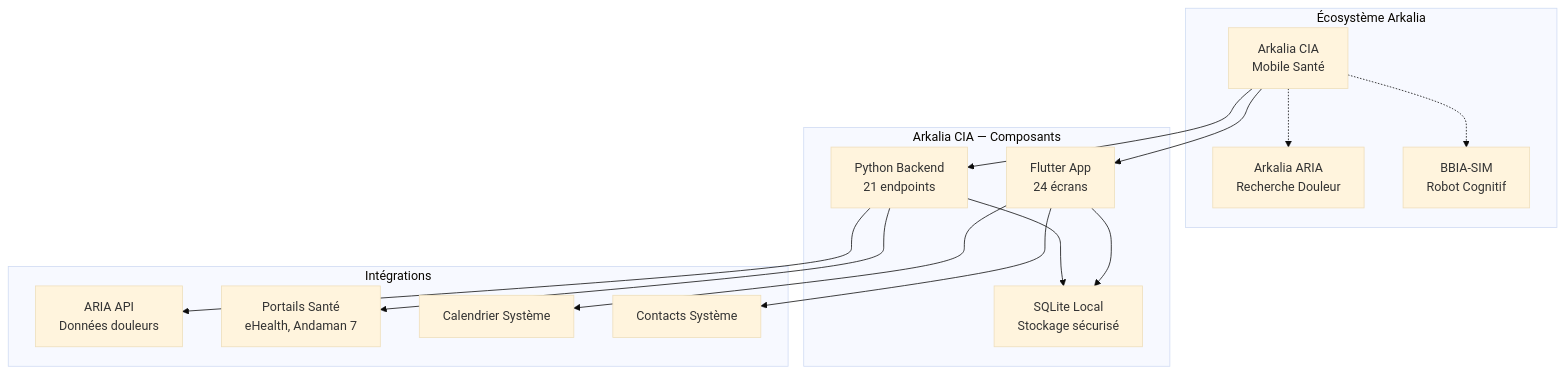
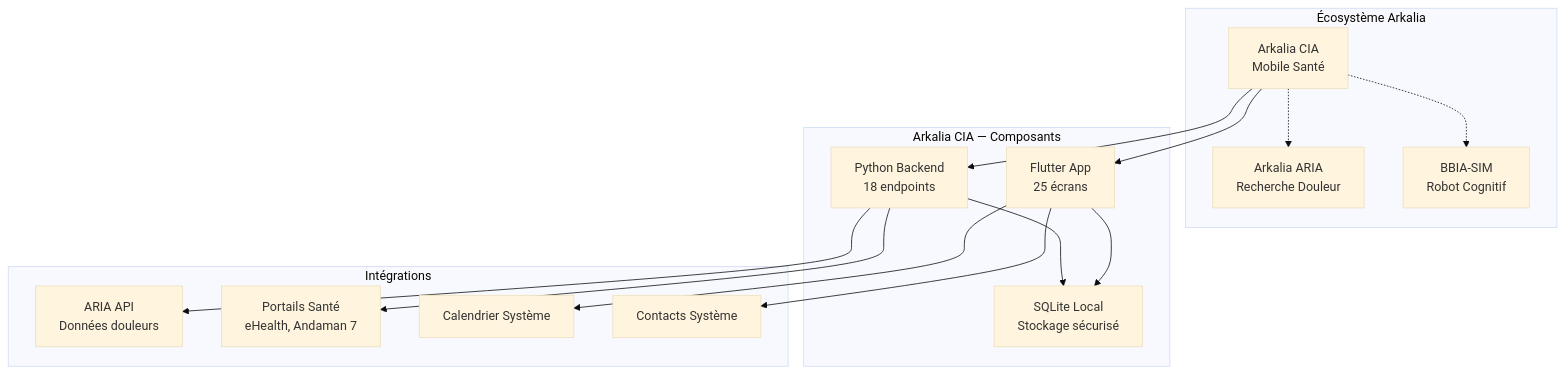
One commit to arkalia-luna-system/arkalia-cia changed the first of 8 diagrams in docs/VUE_ENSEMBLE_PROJET.md. Above: the diagram before and after it, drawn with Mermaid (base theme). The commit also changed other lines of this file and 123 other files, not shown here.

````diff
--- a/docs/VUE_ENSEMBLE_PROJET.md
+++ b/docs/VUE_ENSEMBLE_PROJET.md
@@ -23,32 +23,32 @@
 ```mermaid
 graph TB
     subgraph "Écosystème Arkalia"
         A[Arkalia CIA<br/>Mobile Santé]
         B[Arkalia ARIA<br/>Recherche Douleur]
         C[BBIA-SIM<br/>Robot Cognitif]
     end
 
     subgraph "Arkalia CIA — Composants"
-        D[Flutter App<br/>24 écrans]
-        E[Python Backend<br/>21 endpoints]
+        D[Flutter App<br/>25 écrans]
+        E[Python Backend<br/>18 endpoints]
         F[SQLite Local<br/>Stockage sécurisé]
     end
 
     subgraph "Intégrations"
         G[ARIA API<br/>Données douleurs]
         H[Portails Santé<br/>eHealth, Andaman 7]
         I[Calendrier Système]
         J[Contacts Système]
     end
 
     A --> D
     A --> E
     D --> F
     E --> F
     E --> G
     E --> H
     D --> I
     D --> J
     A -.-> B
     A -.-> C
 ```
````
